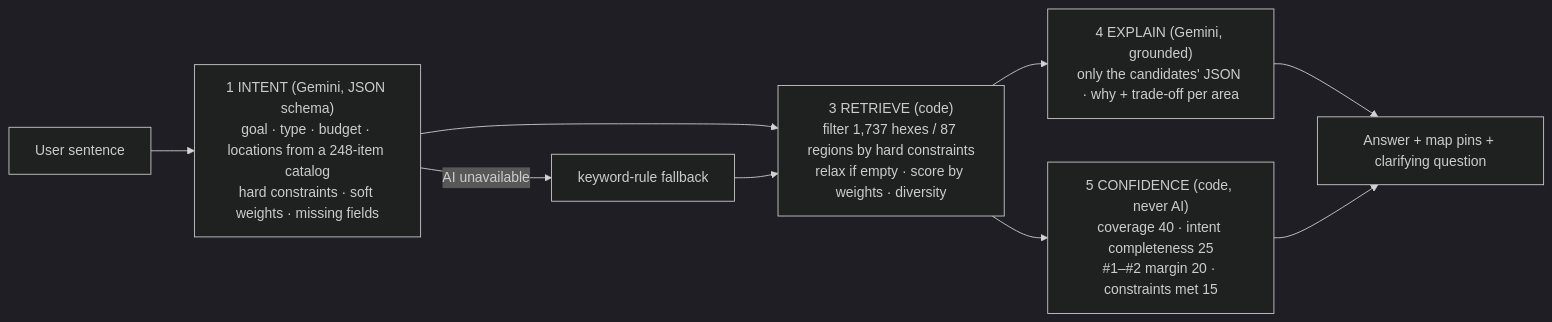
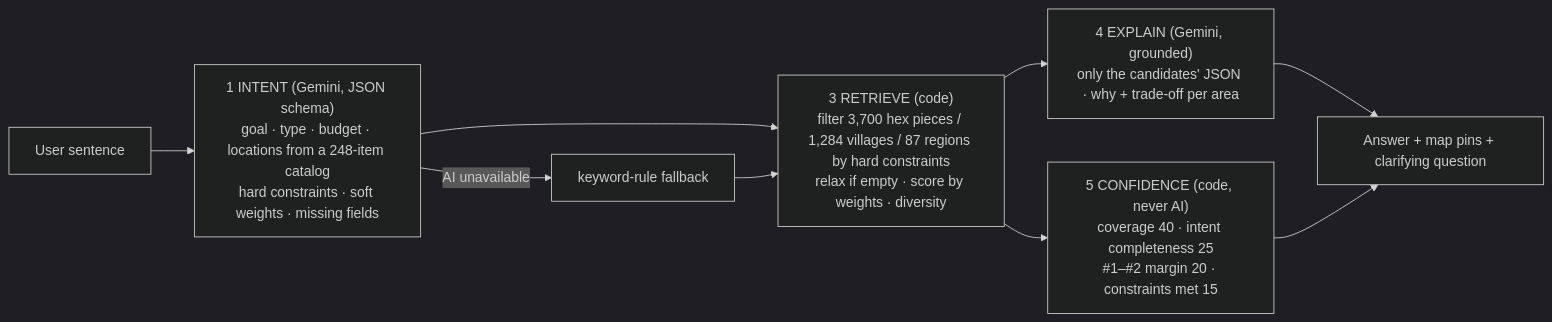
One commit to serxan22/7byteNB changed the first of 2 diagrams in README.md. Above: the diagram before and after it, drawn with Mermaid (dark theme). The commit also changed other lines of this file and 35 other files, not shown here.

````diff
--- a/README.md
+++ b/README.md
@@ -37,11 +37,11 @@
 ```mermaid
 flowchart LR
   Q[User sentence] --> I["1 INTENT (Gemini, JSON schema)<br/>goal · type · budget · locations from a 248-item catalog<br/>hard constraints · soft weights · missing fields"]
   I -->|AI unavailable| K[keyword-rule fallback]
-  I --> R["3 RETRIEVE (code)<br/>filter 1,737 hexes / 87 regions by hard constraints<br/>relax if empty · score by weights · diversity"]
+  I --> R["3 RETRIEVE (code)<br/>filter 3,700 hex pieces / 1,284 villages / 87 regions by hard constraints<br/>relax if empty · score by weights · diversity"]
   K --> R
   R --> E["4 EXPLAIN (Gemini, grounded)<br/>only the candidates' JSON · why + trade-off per area"]
   R --> C["5 CONFIDENCE (code, never AI)<br/>coverage 40 · intent completeness 25<br/>#1–#2 margin 20 · constraints met 15"]
   E --> U[Answer + map pins + clarifying question]
   C --> U
 ```
````
